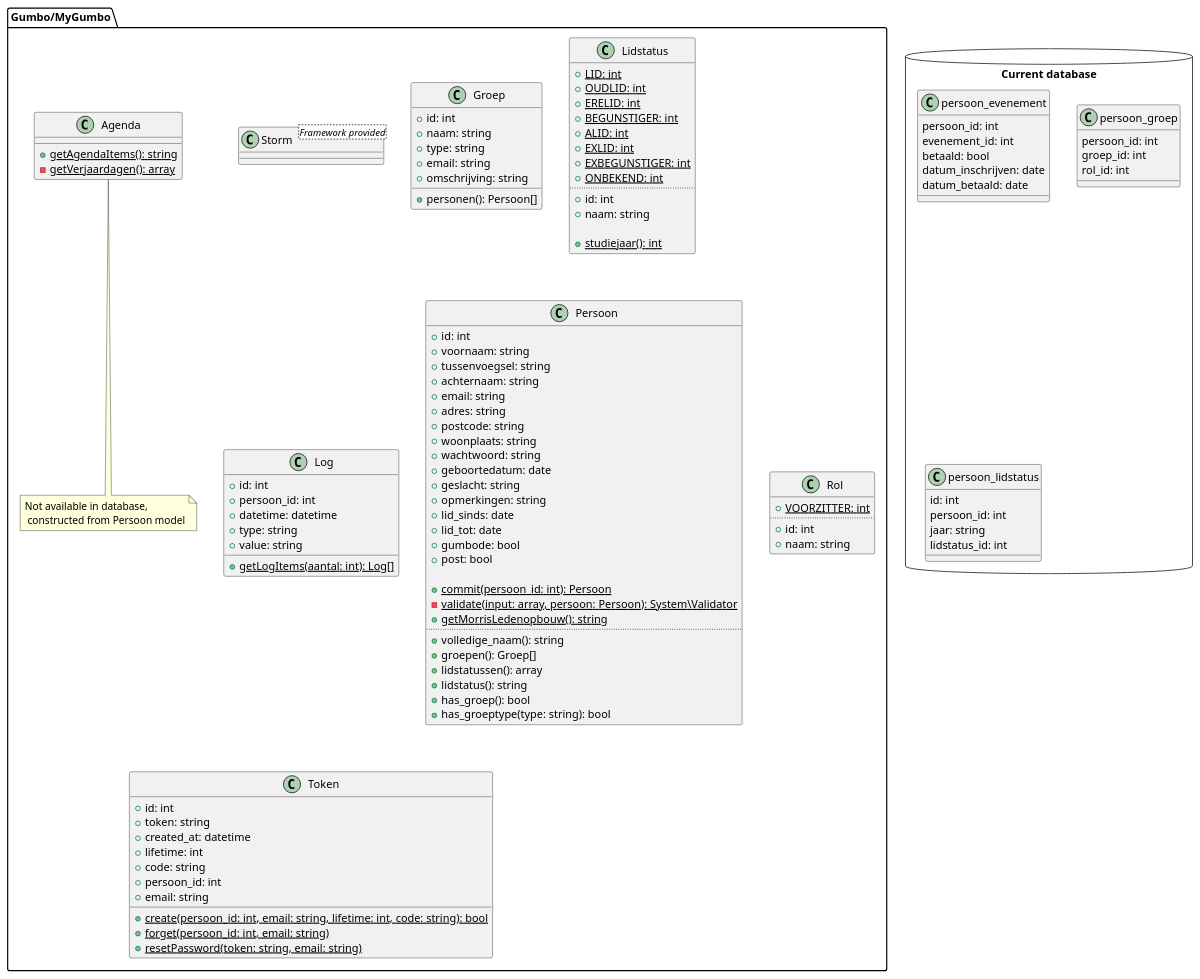
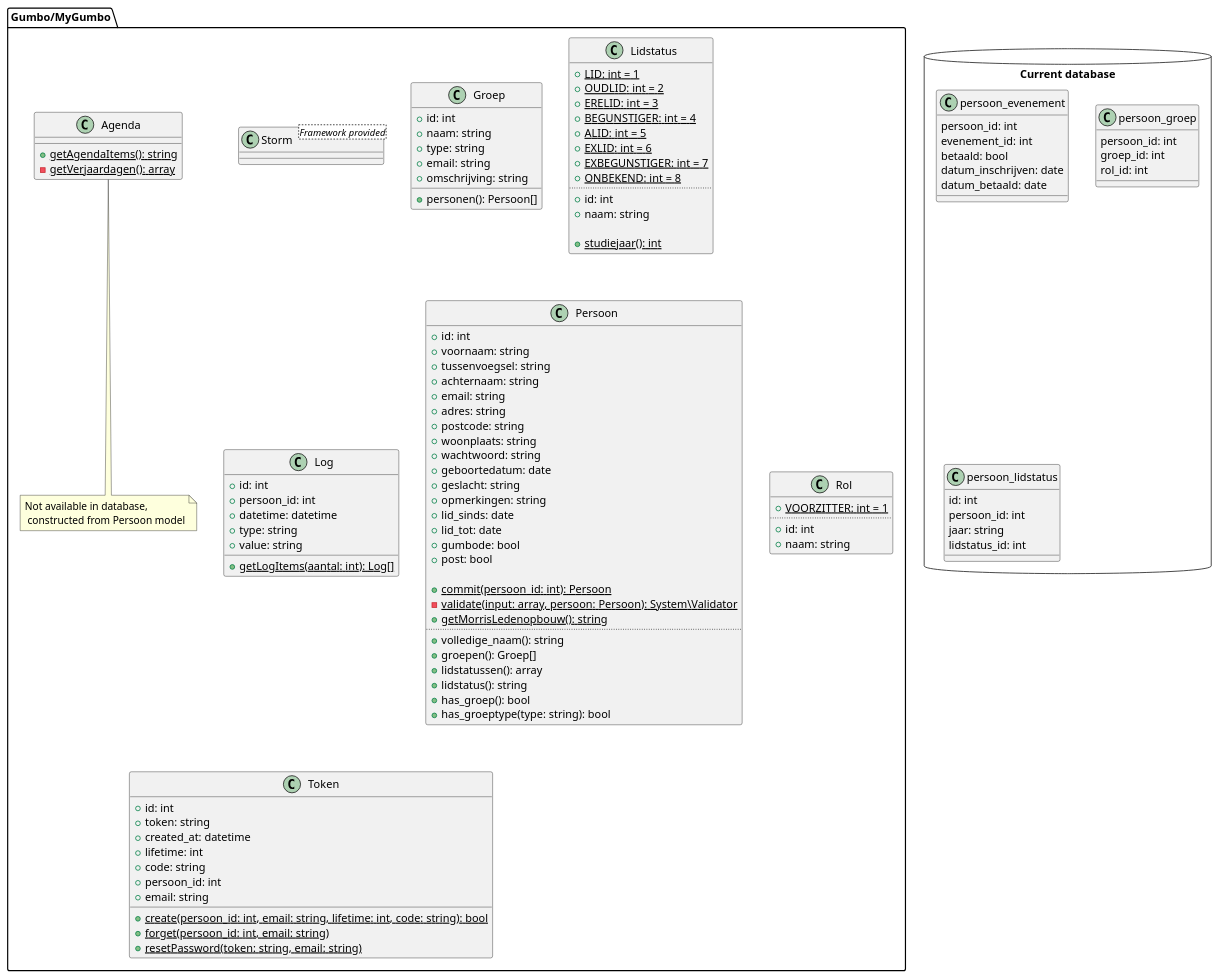
One commit to Gumbo-Millennium/GumboAdministratie changed the diagram in doc/class-diagram.puml. Above: the diagram before and after it, drawn with PlantUML. The commit also changed 1 other file, not shown here.

Commit message:
Added constant values to class diagram

```diff
--- a/doc/class-diagram.puml
+++ b/doc/class-diagram.puml
@@ -1,123 +1,123 @@
 @startuml
 
 package "Gumbo/MyGumbo" <<Folder>> {
   class Storm<Framework provided>
 
   class Agenda {
     {static} +getAgendaItems(): string
     {static} -getVerjaardagen(): array
   }
   note bottom: Not available in database,\n constructed from Persoon model
 
   class Groep {
     +id: int
     +naam: string
     +type: string
     +email: string
     +omschrijving: string
 
     +personen(): Persoon[]
   }
 
   class Lidstatus {
-    {static} +LID: int
-    {static} +OUDLID: int
-    {static} +ERELID: int
-    {static} +BEGUNSTIGER: int
-    {static} +ALID: int
-    {static} +EXLID: int
-    {static} +EXBEGUNSTIGER: int
-    {static} +ONBEKEND: int
+    {static} +LID: int = 1
+    {static} +OUDLID: int = 2
+    {static} +ERELID: int = 3
+    {static} +BEGUNSTIGER: int = 4
+    {static} +ALID: int = 5
+    {static} +EXLID: int = 6
+    {static} +EXBEGUNSTIGER: int = 7
+    {static} +ONBEKEND: int = 8
     ..
     +id: int
     +naam: string
 
     {static} +studiejaar(): int
   }
 
   class Log {
     +id: int
     +persoon_id: int
     +datetime: datetime
     +type: string
     +value: string
 
     {static} +getLogItems(aantal: int): Log[]
   }
 
   class Persoon {
     +id: int
     +voornaam: string
     +tussenvoegsel: string
     +achternaam: string
     +email: string
     +adres: string
     +postcode: string
     +woonplaats: string
     +wachtwoord: string
     +geboortedatum: date
     +geslacht: string
     +opmerkingen: string
     +lid_sinds: date
     +lid_tot: date
     +gumbode: bool
     +post: bool
 
     {static} +commit(persoon_id: int): Persoon
     {static} -validate(input: array, persoon: Persoon): System\Validator
     {static} +getMorrisLedenopbouw(): string
     ..
     +volledige_naam(): string
     +groepen(): Groep[]
     +lidstatussen(): array
     +lidstatus(): string
     +has_groep(): bool
     +has_groeptype(type: string): bool
   }
 
   class Rol {
-    {static} +VOORZITTER: int
+    {static} +VOORZITTER: int = 1
     ..
     +id: int
     +naam: string
   }
 
   class Token {
     +id: int
     +token: string
     +created_at: datetime
     +lifetime: int
     +code: string
     +persoon_id: int
     +email: string
 
     {static} +create(persoon_id: int, email: string, lifetime: int, code: string): bool
     {static} +forget(persoon_id: int, email: string)
     {static} +resetPassword(token: string, email: string)
   }
 }
 
 package "Current database" <<Database>> {
   class persoon_evenement {
     persoon_id: int
     evenement_id: int
     betaald: bool
     datum_inschrijven: date
     datum_betaald: date
   }
   class persoon_groep {
     persoon_id: int
     groep_id: int
     rol_id: int
   }
   class persoon_lidstatus {
     id: int
     persoon_id: int
     jaar: string
     lidstatus_id: int
   }
 }
 
 hide Storm
 
 @enduml
```
